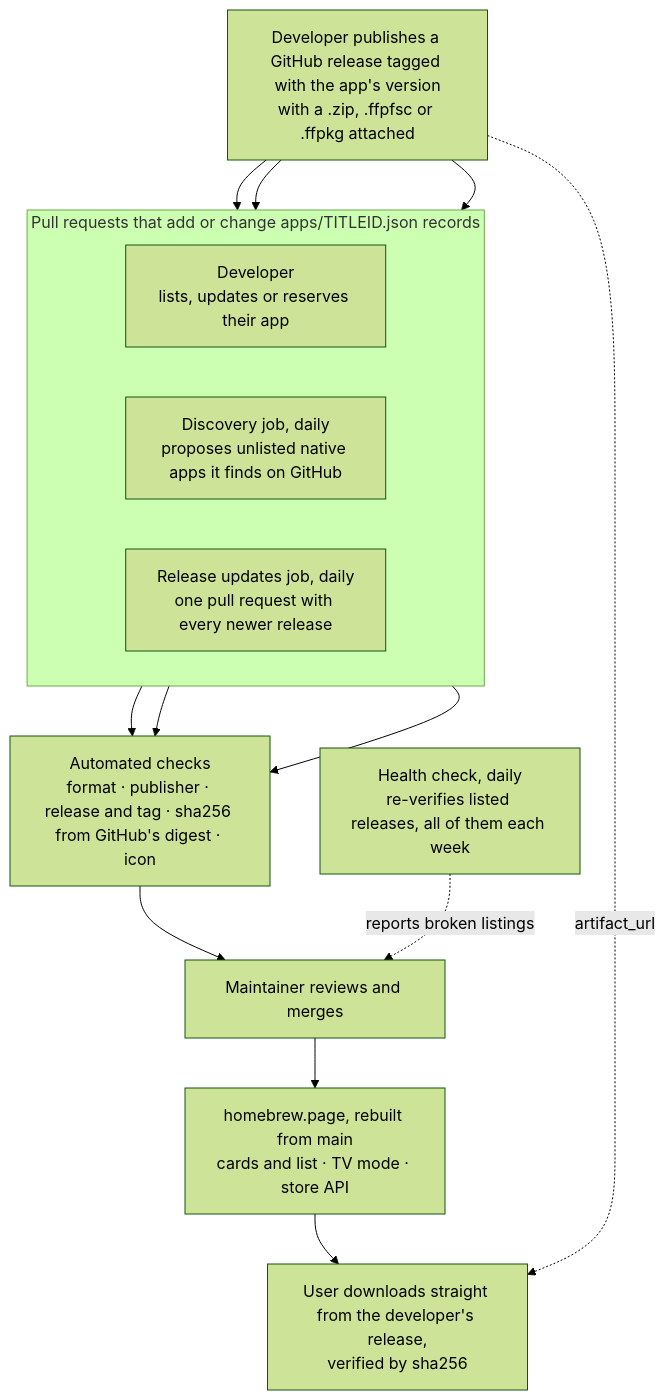
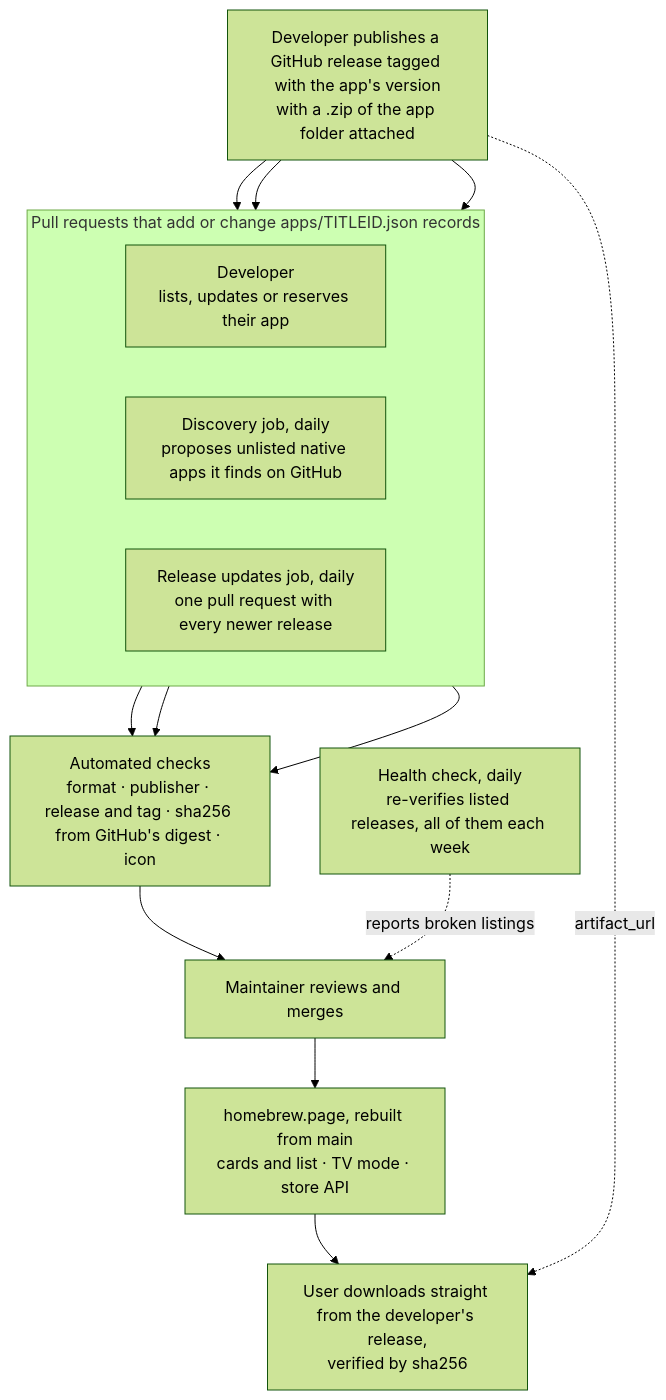
One commit to GordonProsperoMan/ps5-homebrew-catalog changed the diagram in README.md. Above: the diagram before and after it, drawn with Mermaid (forest theme). The commit also changed other lines of this file and 8 other files, not shown here.

Commit message:
Accept only ZIP app folders for new listings and releases, in the docs

````diff
--- a/README.md
+++ b/README.md
@@ -19,23 +19,23 @@
 ```mermaid
 flowchart TB
-    release["Developer publishes a GitHub release tagged with the app's version<br/>with a .zip, .ffpfsc or .ffpkg attached"]
+    release["Developer publishes a GitHub release tagged with the app's version<br/>with a .zip of the app folder attached"]
 
     subgraph prs["Pull requests that add or change apps/TITLEID.json records"]
         direction LR
         dev["Developer<br/>lists, updates or reserves their app"]
         discovery["Discovery job, daily<br/>proposes unlisted native apps it finds on GitHub"]
         updates["Release updates job, daily<br/>one pull request with every newer release"]
     end
 
     checks["Automated checks<br/>format · publisher · release and tag · sha256 from GitHub's digest · icon"]
     review["Maintainer reviews and merges"]
     site["homebrew.page, rebuilt from main<br/>cards and list · TV mode · store API"]
     user["User downloads straight from the developer's release,<br/>verified by sha256"]
     health["Health check, daily<br/>re-verifies listed releases, all of them each week"]
 
     release --> dev & discovery & updates
     dev & discovery & updates --> checks
     checks --> review --> site --> user
     release -. artifact_url .-> user
     health -. reports broken listings .-> review
 ```
````
